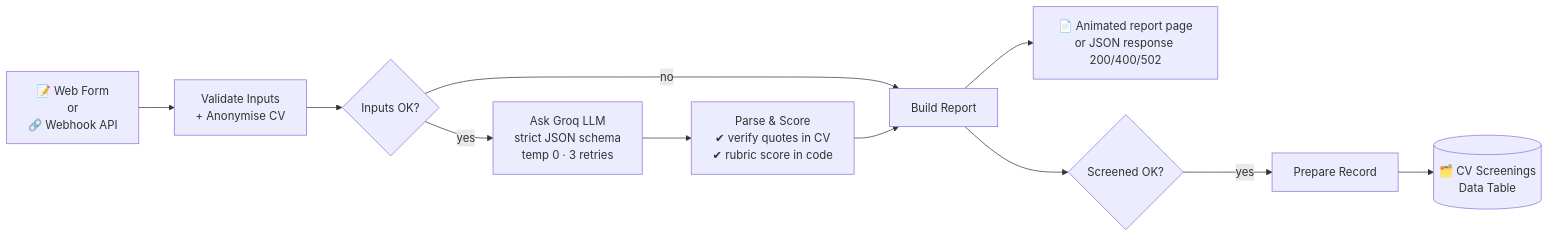
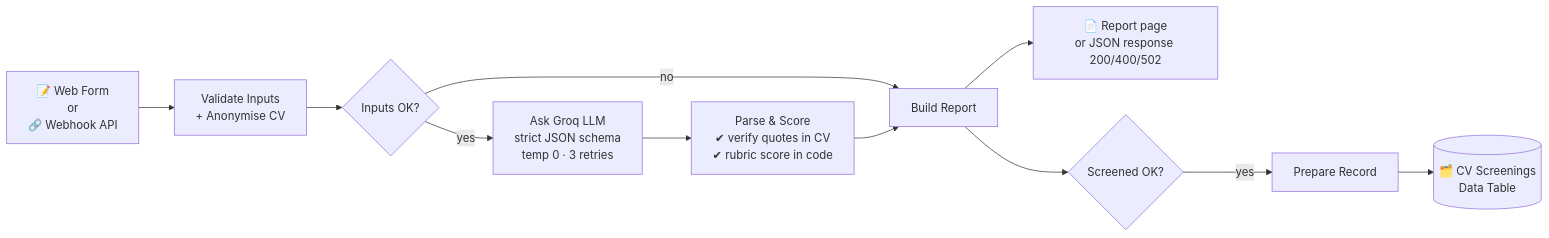
One commit to kokkulajyothika/AI-CV-Screening-n8n changed the diagram in README.md. Above: the diagram before and after it, drawn with Mermaid. The commit also changed other lines of this file and 2 other files, not shown here.

Commit message:
Minimal AI interface for the form and report page; add screenshot

````diff
--- a/README.md
+++ b/README.md
@@ -32,12 +38,12 @@
 ```mermaid
 flowchart LR
     A[📝 Web Form<br/>or<br/>🔗 Webhook API] --> B[Validate Inputs<br/>+ Anonymise CV]
     B --> C{Inputs OK?}
     C -- no --> F[Build Report<br/>error message]
     C -- yes --> D[Ask Groq LLM<br/>strict JSON schema<br/>temp 0 · 3 retries]
     D --> E[Parse & Score<br/>✔ verify quotes in CV<br/>✔ rubric score in code]
     E --> F[Build Report]
-    F --> G[📄 Animated report page<br/>or JSON response 200/400/502]
+    F --> G[📄 Report page<br/>or JSON response 200/400/502]
     F --> H{Screened OK?}
     H -- yes --> I[Prepare Record] --> J[(🗂️ CV Screenings<br/>Data Table)]
 ```
````
